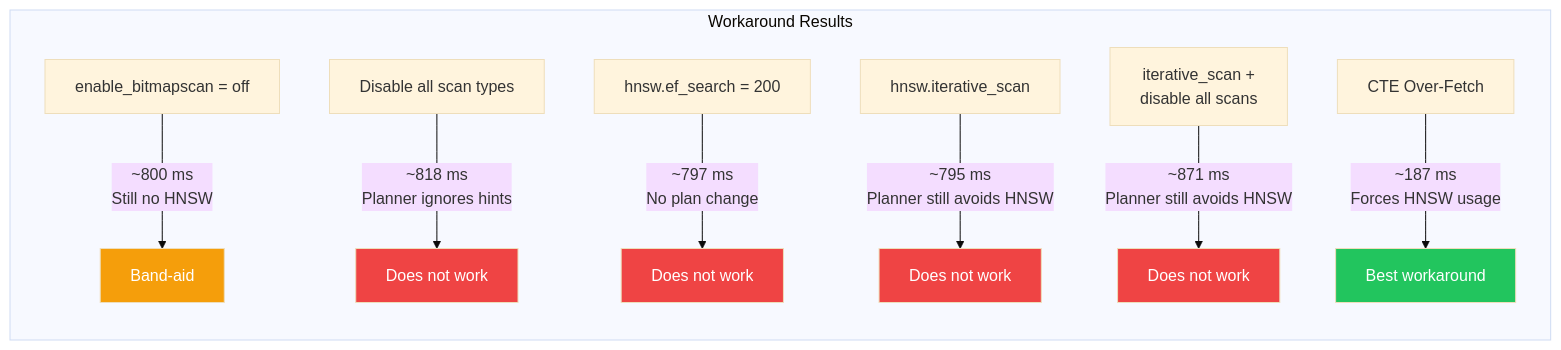
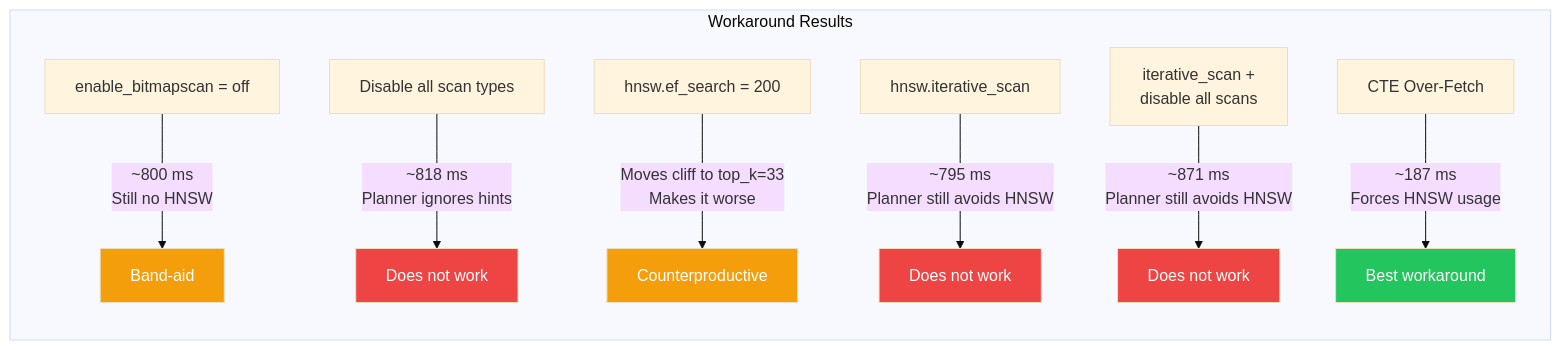
The third of 4 diagrams in README.md (tharindu-sankalpa/pgvector-filtering-investigation), drawn with Mermaid (base theme) before and after one commit. The commit also changed other lines of this file, not shown here.

Commit message:
docs: Enhance README with detailed analysis of HNSW tipping points, including `ef_search` impact and filter-agnostic behavior, and add corresponding plots.

````diff
--- a/README.md
+++ b/README.md
@@ -742,19 +755,19 @@
 ```mermaid
 flowchart LR
     subgraph "Workaround Results"
         direction TB
         W1["enable_bitmapscan = off"] -->|"~800 ms<br/>Still no HNSW"| R1["Band-aid"]
         W2["Disable all scan types"] -->|"~818 ms<br/>Planner ignores hints"| R2["Does not work"]
-        W3["hnsw.ef_search = 200"] -->|"~797 ms<br/>No plan change"| R3["Does not work"]
+        W3["hnsw.ef_search = 200"] -->|"Moves cliff to top_k=33<br/>Makes it worse"| R3["Counterproductive"]
         W4["hnsw.iterative_scan"] -->|"~795 ms<br/>Planner still avoids HNSW"| R4["Does not work"]
         W5["iterative_scan +<br/>disable all scans"] -->|"~871 ms<br/>Planner still avoids HNSW"| R5["Does not work"]
         W6["CTE Over-Fetch"] -->|"~187 ms<br/>Forces HNSW usage"| R6["Best workaround"]
     end
 
     style R1 fill:#f59e0b,color:#fff
     style R2 fill:#ef4444,color:#fff
-    style R3 fill:#ef4444,color:#fff
+    style R3 fill:#f59e0b,color:#fff
     style R4 fill:#ef4444,color:#fff
     style R5 fill:#ef4444,color:#fff
     style R6 fill:#22c55e,color:#fff
 ```
````
